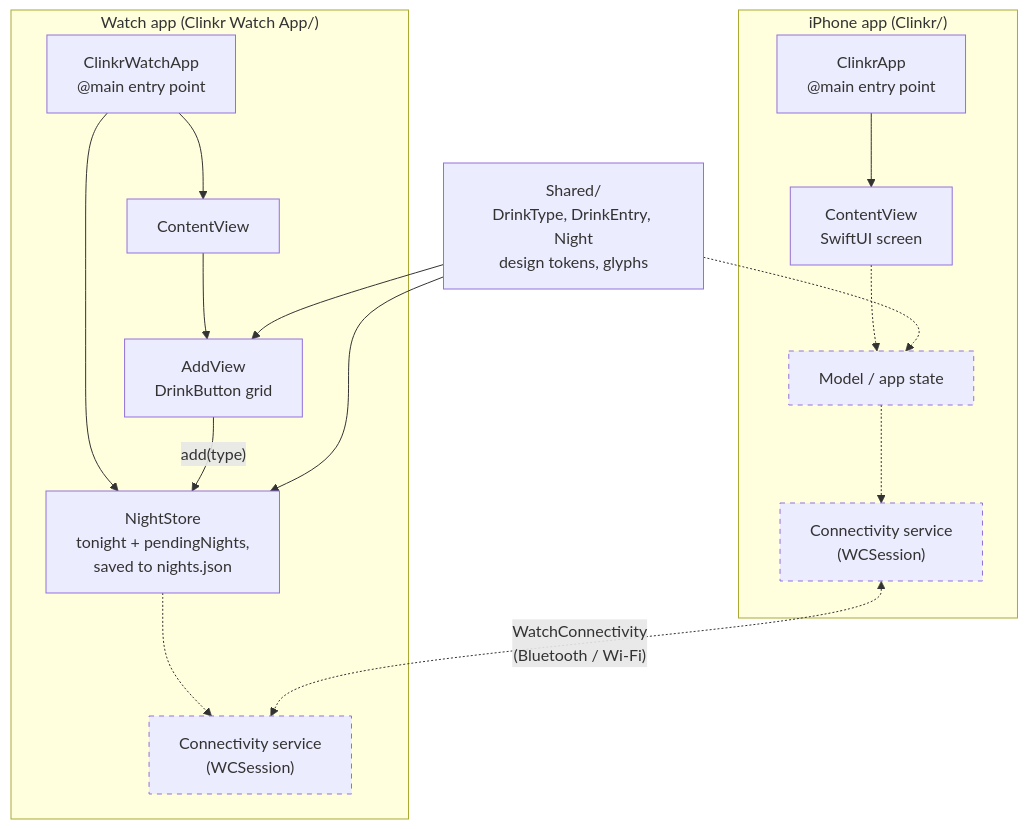
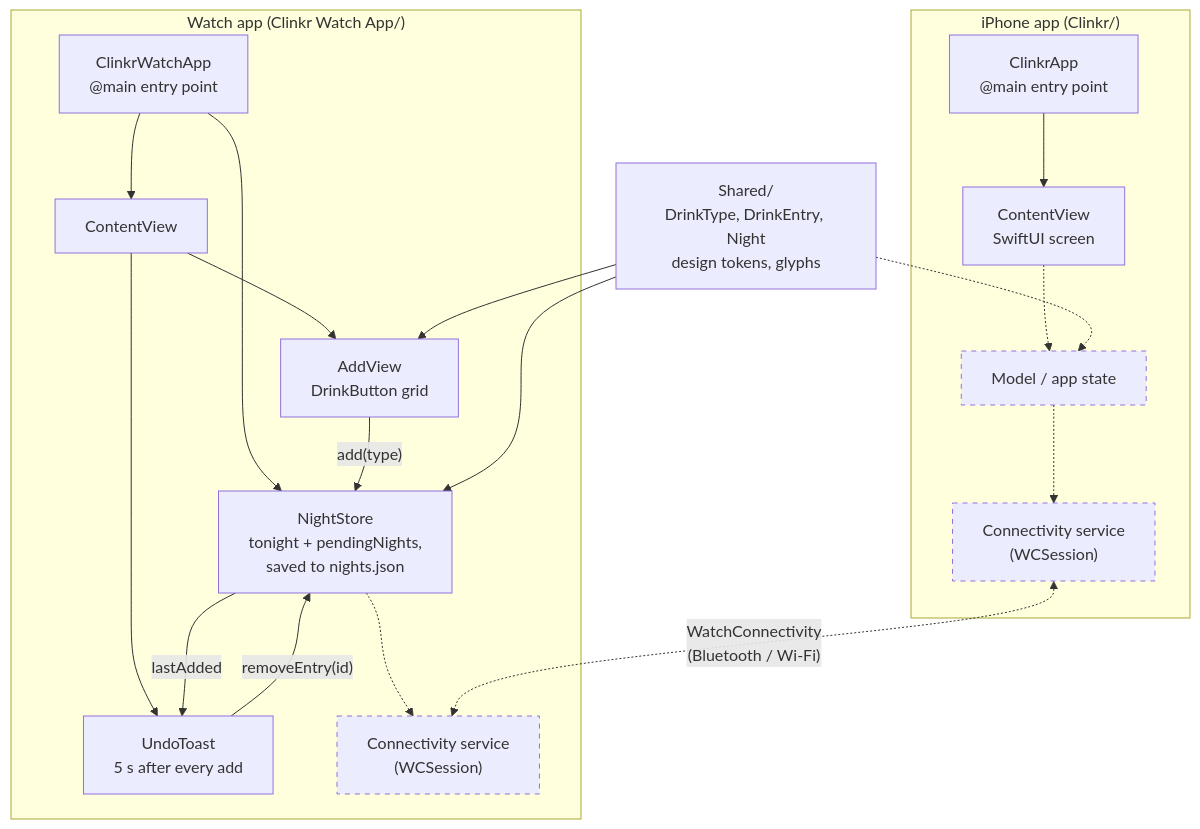
The second of 3 diagrams in docs/ARCHITECTURE.md (pablocolaiacovo/clink), drawn with Mermaid before and after one commit. The commit also changed other lines of this file and 8 other files, not shown here.

First line of the commit message:
Add the Undo toast after every add on the Watch (#65)

````diff
--- a/docs/ARCHITECTURE.md
+++ b/docs/ARCHITECTURE.md
@@ -34,29 +34,32 @@
 ```mermaid
 flowchart TB
     subgraph phone["iPhone app (Clinkr/)"]
         pApp["ClinkrApp<br/>@main entry point"] --> pView["ContentView<br/>SwiftUI screen"]
         pModel["Model / app state"]:::planned
         pSync["Connectivity service<br/>(WCSession)"]:::planned
         pView -.-> pModel
         pModel -.-> pSync
     end
 
     subgraph watch["Watch app (Clinkr Watch App/)"]
         wApp["ClinkrWatchApp<br/>@main entry point"] --> wView["ContentView"]
         wView --> wAdd["AddView<br/>DrinkButton grid"]
+        wView --> wToast["UndoToast<br/>5 s after every add"]
         wModel["NightStore<br/>tonight + pendingNights,<br/>saved to nights.json"]
         wSync["Connectivity service<br/>(WCSession)"]:::planned
         wApp --> wModel
         wAdd -- "add(type)" --> wModel
+        wModel -- "lastAdded" --> wToast
+        wToast -- "removeEntry(id)" --> wModel
         wModel -.-> wSync
     end
 
     shared["Shared/<br/>DrinkType, DrinkEntry, Night<br/>design tokens, glyphs"]
     shared -.-> pModel
     shared --> wModel
     shared --> wAdd
 
     pSync <-. "WatchConnectivity<br/>(Bluetooth / Wi-Fi)" .-> wSync
 
     classDef planned stroke-dasharray: 5 5
 ```
````
